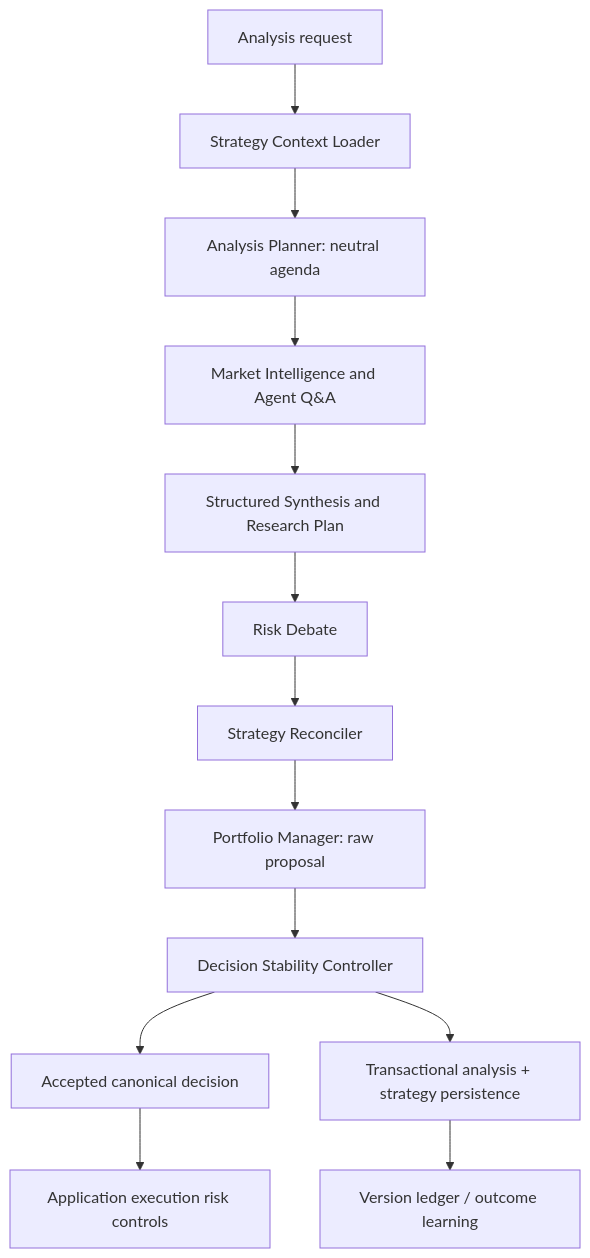
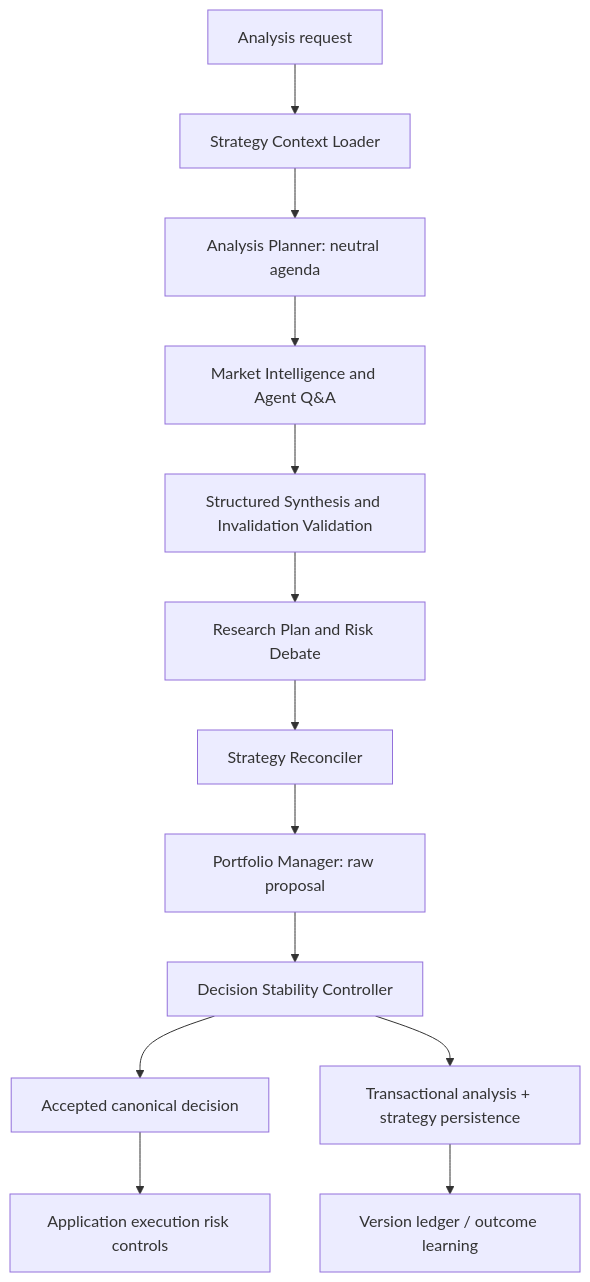
The diagram in docs/architecture/strategy_continuity.md (JustSadY/TradingAgents), drawn with Mermaid before and after one commit. The commit also changed other lines of this file and 20 other files, not shown here.

````diff
--- a/docs/architecture/strategy_continuity.md
+++ b/docs/architecture/strategy_continuity.md
@@ -18,15 +18,15 @@
 ```mermaid
 flowchart TD
     A[Analysis request] --> B[Strategy Context Loader]
     B --> C[Analysis Planner: neutral agenda]
     C --> D[Market Intelligence and Agent Q&A]
-    D --> E[Structured Synthesis and Research Plan]
-    E --> F[Risk Debate]
+    D --> E[Structured Synthesis and Invalidation Validation]
+    E --> F[Research Plan and Risk Debate]
     F --> G[Strategy Reconciler]
     G --> H[Portfolio Manager: raw proposal]
     H --> I[Decision Stability Controller]
     I --> J[Accepted canonical decision]
     J --> K[Application execution risk controls]
     I --> L[Transactional analysis + strategy persistence]
     L --> M[Version ledger / outcome learning]
 ```
````
